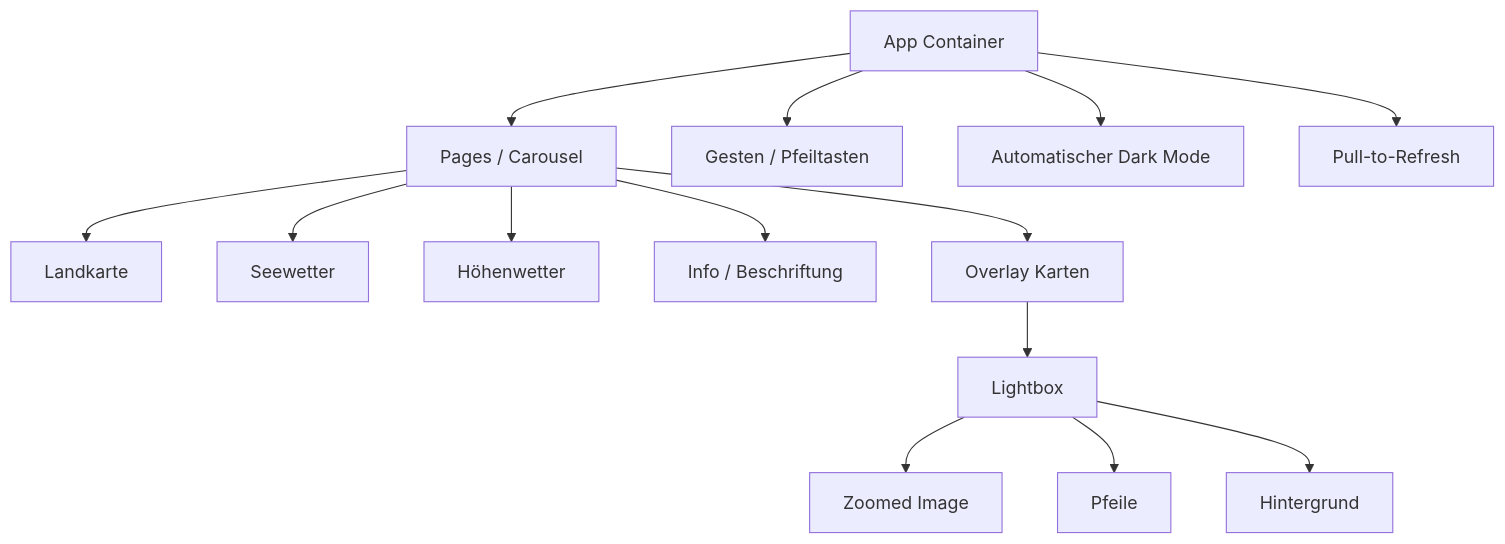
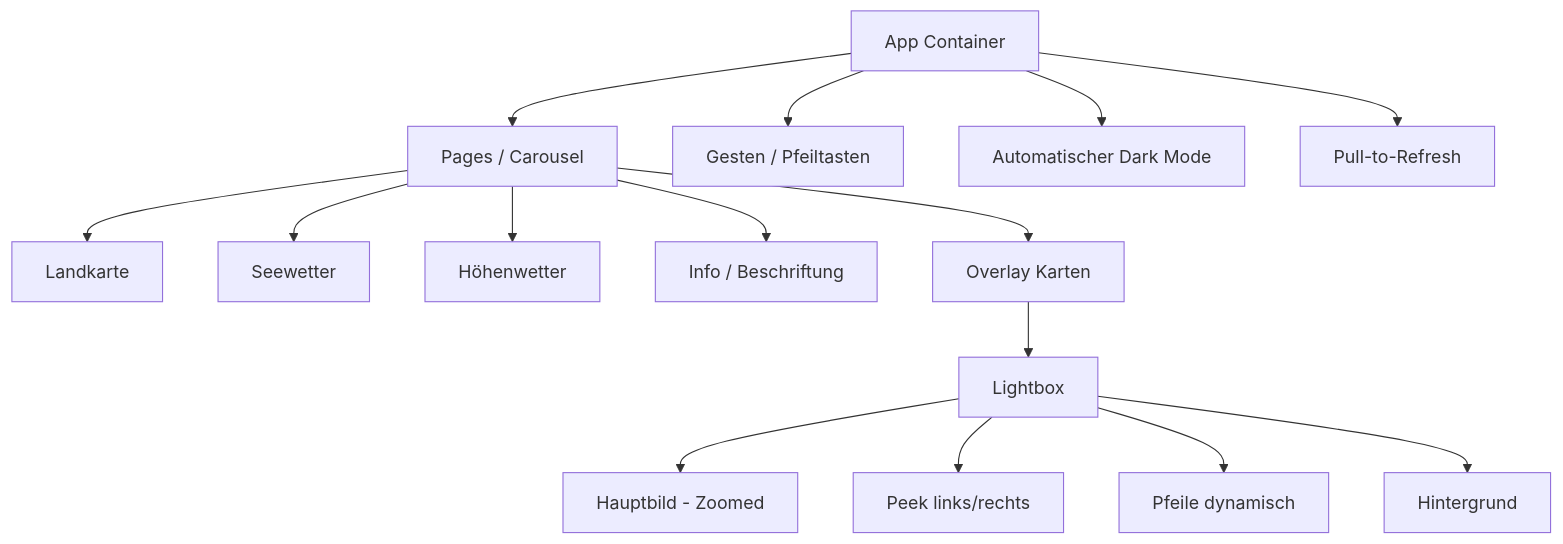
One commit to w465jt7pm9-cpu/dwd-dashboard changed the diagram in docs/UI-Struktur.md. Above: the diagram before and after it, drawn with Mermaid. The commit also changed other lines of this file and 2 other files, not shown here.

Commit message:
Update architecture and lightbox docs for US-009 behavior

````diff
--- a/docs/UI-Struktur.md
+++ b/docs/UI-Struktur.md
@@ -5,16 +6,17 @@
 ```mermaid
 flowchart TD
   App[App Container] --> Pages[Pages / Carousel]
   Pages --> Land[Landkarte]
   Pages --> See[Seewetter]
   Pages --> Hoehenwetter[Höhenwetter]
   Pages --> Texte[Info / Beschriftung]
   Pages --> Cards[Overlay Karten]
   Cards --> Lightbox[Lightbox]
-  Lightbox --> Image[Zoomed Image]
-  Lightbox --> Arrows[Pfeile]
+  Lightbox --> Image[Hauptbild - Zoomed]
+  Lightbox --> Peek[Peek links/rechts]
+  Lightbox --> Arrows[Pfeile dynamisch]
   Lightbox --> Overlay[Hintergrund]
   App --> Gestures[Gesten / Pfeiltasten]
   App --> Theme[Automatischer Dark Mode]
   App --> Refresh[Pull-to-Refresh]
 ```
````
